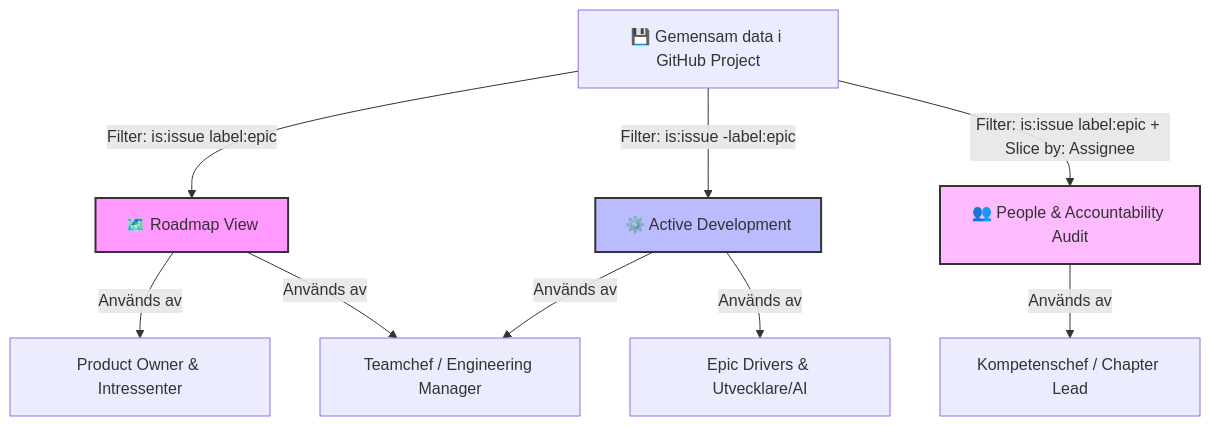
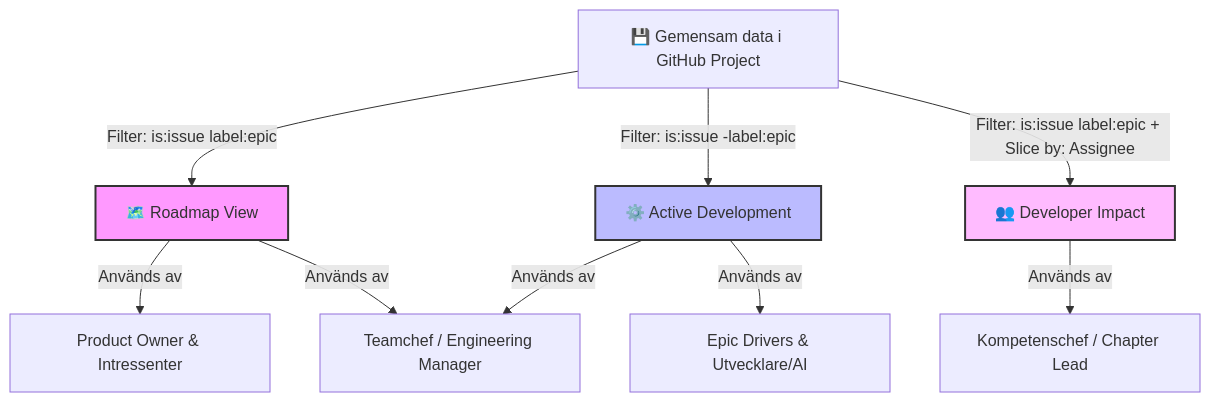
Before and after one commit to stefanbackelin/dab: the fourth of 4 diagrams in dab_sv.md, drawn with Mermaid. The commit also changed other lines of this file, not shown here.

Commit message:
docs: rename horrible view

````diff
--- a/dab_sv.md
+++ b/dab_sv.md
@@ -463,20 +463,20 @@
 ```mermaid
 
 graph TD
     Data[💾 Gemensam data i GitHub Project] -->|Filter: is:issue label:epic| ViewA[🗺️ Roadmap View]
     Data -->|Filter: is:issue -label:epic| ViewB[⚙️ Active Development]
-    Data -->|Filter: is:issue label:epic + Slice by: Assignee| ViewC[👥 People & Accountability Audit]
+    Data -->|Filter: is:issue label:epic + Slice by: Assignee| ViewC[👥 Developer Impact]
 
     ViewA -->|Används av| RolePO[Product Owner & Intressenter]
     ViewA -->|Används av| RoleEM[Teamchef / Engineering Manager]
     
     ViewB -->|Används av| RoleEM
     ViewB -->|Används av| RoleDev[Epic Drivers & Utvecklare/AI]
 
     ViewC -->|Används av| RoleCL[Kompetenschef / Chapter Lead]
 
     style ViewA fill:#f9f,stroke:#333,stroke-width:2px
     style ViewB fill:#bbf,stroke:#333,stroke-width:2px
     style ViewC fill:#fbf,stroke:#333,stroke-width:2px
 
 ```
````
